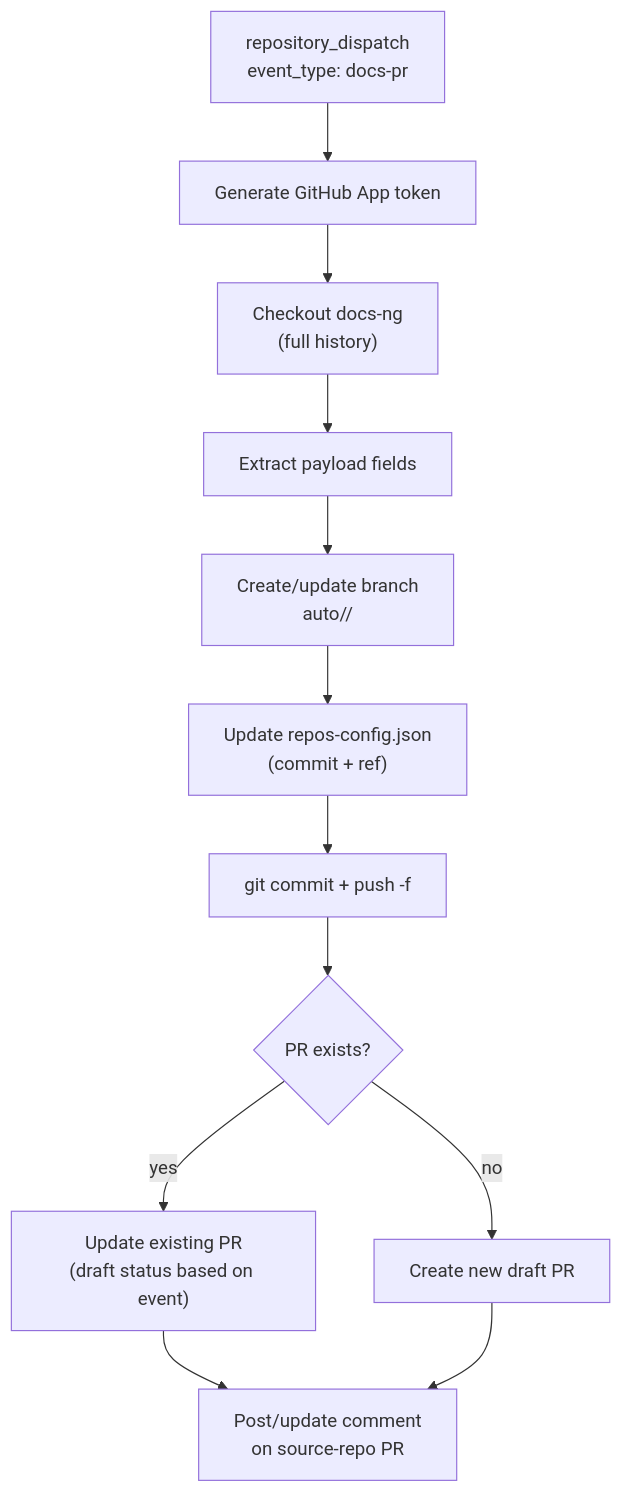
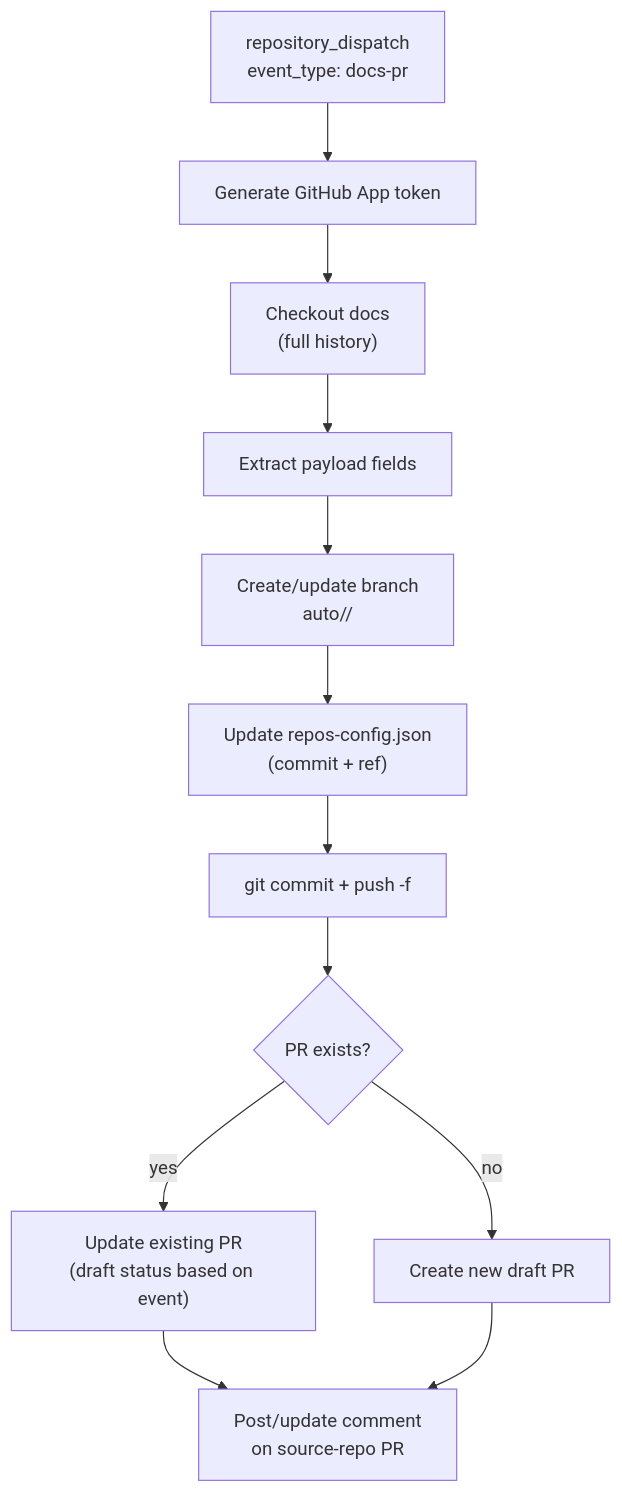
Before and after one commit to gardenlinux/docs-ng: the third of 4 diagrams in docs/contributing/documentation/ci-workflows-reference.md, drawn with Mermaid. The commit also changed other lines of this file and 17 other files, not shown here.

````diff
--- a/docs/contributing/documentation/ci-workflows-reference.md
+++ b/docs/contributing/documentation/ci-workflows-reference.md
@@ -312,18 +312,18 @@
 ```mermaid
 flowchart TD
     A["repository_dispatch<br/>event_type: docs-pr"] --> B["Generate GitHub App token"]
-    B --> C["Checkout docs-ng<br/>(full history)"]
+    B --> C["Checkout docs<br/>(full history)"]
     C --> D["Extract payload fields"]
     D --> E["Create/update branch<br/>auto/<repo>/<pr_number>"]
     E --> F["Update repos-config.json<br/>(commit + ref)"]
     F --> G["git commit + push -f"]
     G --> H{PR exists?}
     H -->|yes| I["Update existing PR<br/>(draft status based on event)"]
     H -->|no| J["Create new draft PR"]
     I & J --> K["Post/update comment<br/>on source-repo PR"]
 
     class A input
     class B,C,D,E,F,G,I,J process
     class H decision
     class K output
 ```
````
